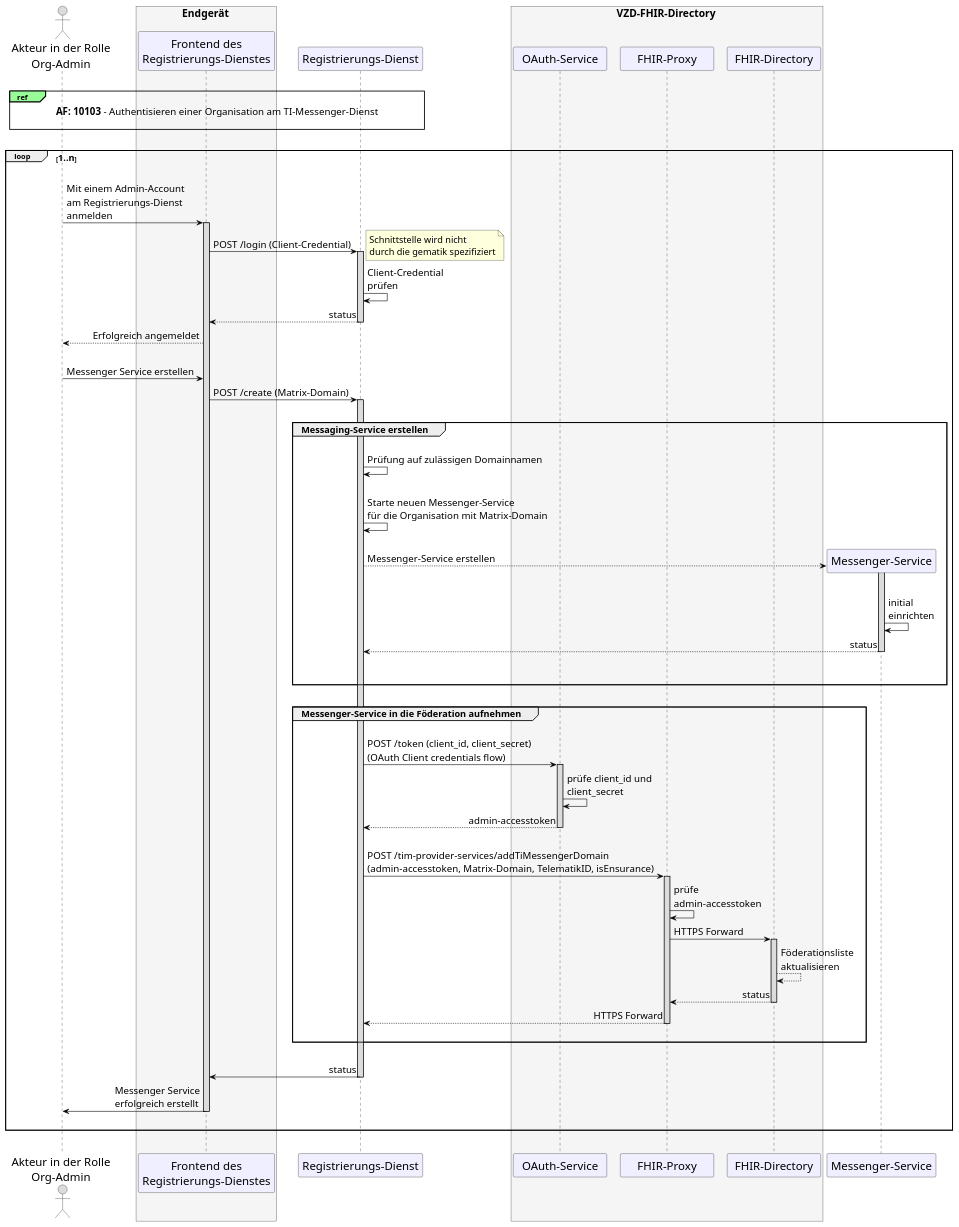
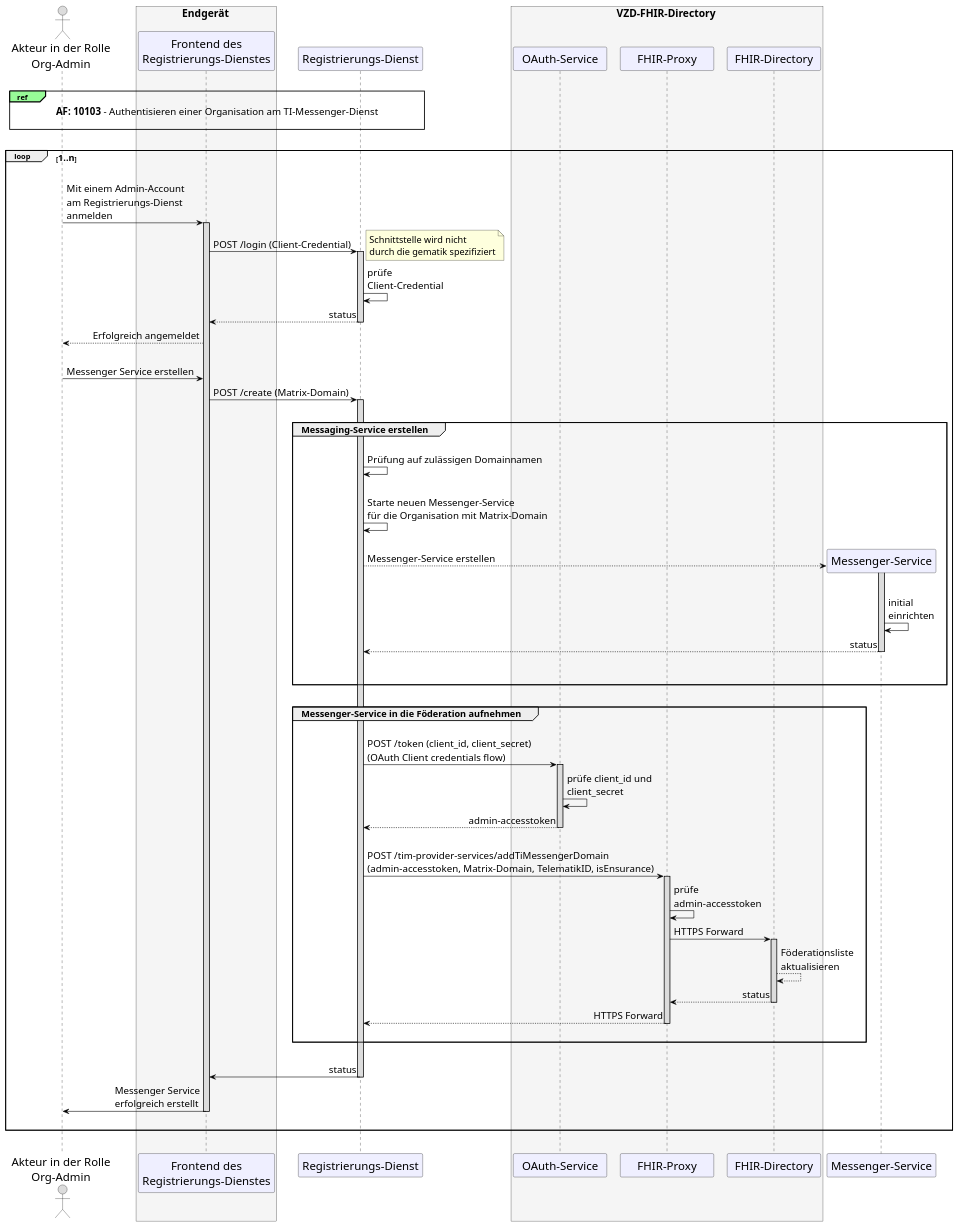
One commit to gematik/api-ti-messenger changed the diagram in src/plantuml/TI-Messenger-Dienst/Ressourcen/UC_10060_Seq.puml. Above: the diagram before and after it, drawn with PlantUML.

```diff
--- a/src/plantuml/TI-Messenger-Dienst/Ressourcen/UC_10060_Seq.puml
+++ b/src/plantuml/TI-Messenger-Dienst/Ressourcen/UC_10060_Seq.puml
@@ -9,110 +9,110 @@
 @startuml
 skinparam sequenceMessageAlign direction
 skinparam WrapWidth 300
 skinparam minClassWidth 150
 skinparam BoxPadding 1
 skinparam sequenceReferenceHeaderBackgroundColor palegreen
 scale max 2048 width
 
 skinparam sequence {
 ArrowColor black
 ArrowFontSize 17
 ActorBorderColor black
 LifeLineBorderColor black
 LifeLineBackgroundColor Gainsboro
 
 ParticipantBorderColor Motivation
 ParticipantBackgroundColor Motivation
 ParticipantFontName Impact
 ParticipantFontSize 20
 ParticipantFontColor black
 ParticipantBorderColor Black
 ParticipantBackgroundColor MOTIVATION
 
 ActorBackgroundColor Gainsboro
 ActorFontColor black
 ActorFontSize 20
 ActorFontName Aapex
 }
     actor U as "Akteur in der Rolle\nOrg-Admin"
     box <size:18>Endgerät</size> #WhiteSmoke
       participant C as "Frontend des\nRegistrierungs-Dienstes"
     end box
     participant R as "Registrierungs-Dienst"
     box <size:18>VZD-FHIR-Directory</size> #WhiteSmoke
     participant Auth as "OAuth-Service"
     participant FP as "FHIR-Proxy"
     participant VZD as "FHIR-Directory"
     end box
 
 |||
 ref over U, R: <size:17>**AF: 10103** - Authentisieren einer Organisation am TI-Messenger-Dienst</size>\n 
 |||
 
 loop <size:16>1..n</size>
   |||
   U->C: Mit einem Admin-Account \nam Registrierungs-Dienst \nanmelden
     Activate C
   C->R: POST /login (Client-Credential)
   note right: <size:16>Schnittstelle wird nicht \n<size:16>durch die gematik spezifiziert</size>
     Activate R
-  R->R: Client-Credential \nprüfen
+  R->R: prüfe \nClient-Credential
   R-->C: status
     Deactivate R
   C-->U: Erfolgreich angemeldet
   |||
   U->C: Messenger Service erstellen
   C->R: POST /create (Matrix-Domain)
     Activate R
     
     |||
     group <size:16>Messaging-Service erstellen</size>
     |||
       R->R: Prüfung auf zulässigen Domainnamen
       |||
       R->R: Starte neuen Messenger-Service \nfür die Organisation mit Matrix-Domain
       |||
         create "Messenger-Service"
           R-->"Messenger-Service" : Messenger-Service erstellen 
         Activate "Messenger-Service"
       |||
       "Messenger-Service"->"Messenger-Service": initial \neinrichten
       "Messenger-Service"-->R: status
       |||
         Deactivate "Messenger-Service"
     |||
     end
     
     |||
     
     group <size:16>Messenger-Service in die Föderation aufnehmen</size>
     |||
       R->Auth: POST /token (client_id, client_secret) \n(OAuth Client credentials flow)
         Activate Auth
       Auth->Auth: prüfe client_id und \nclient_secret
       Auth-->R: admin-accesstoken
         Deactivate Auth
       |||
       R->FP: POST /tim-provider-services/addTiMessengerDomain \n(admin-accesstoken, Matrix-Domain, TelematikID, isEnsurance)
         Activate FP
       FP->FP: prüfe \nadmin-accesstoken
       FP->VZD: HTTPS Forward
         Activate VZD
       VZD-->VZD: Föderationsliste\naktualisieren
       VZD-->FP: status
         Deactivate VZD
       FP-->R: HTTPS Forward
         Deactivate FP
 
     |||
     end
 
   |||
   R->C: status
     Deactivate R
   C->U: Messenger Service \nerfolgreich erstellt
     Deactivate C
   |||
 end
 |||
 @enduml
```
